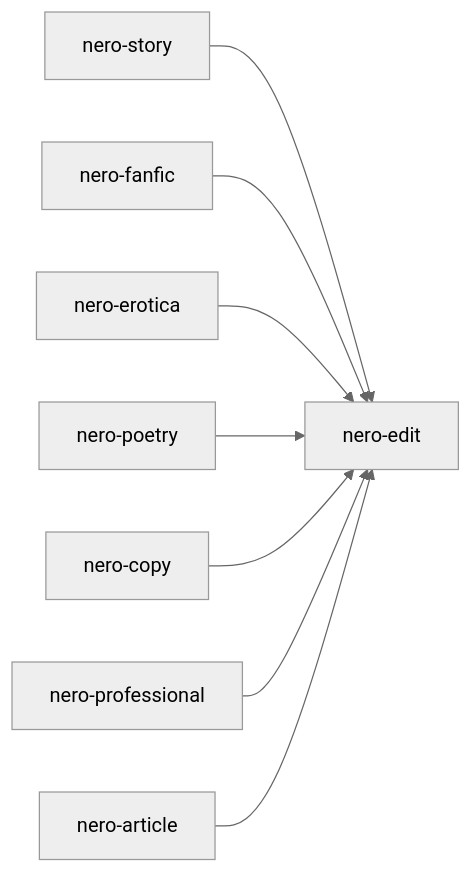
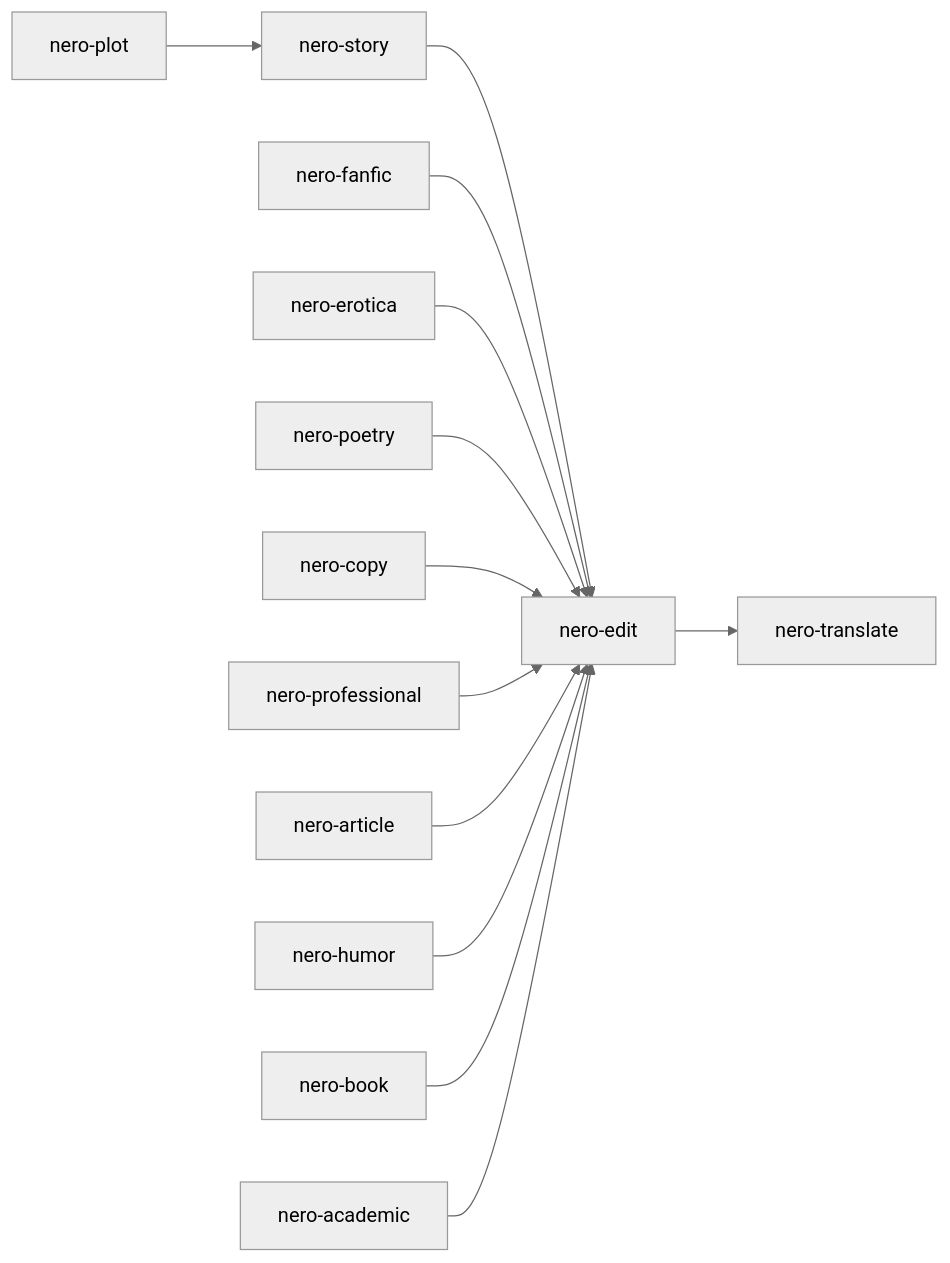
The third of 7 diagrams in README.md (KMC1525/nero), drawn with Mermaid (neutral theme) before and after one commit. The commit also changed other lines of this file and 103 other files, not shown here.

````diff
--- a/README.md
+++ b/README.md
@@ -608,10 +653,15 @@
 ```mermaid
 flowchart LR
     ST[nero-story] --> ED[nero-edit]
     FF[nero-fanfic] --> ED
     ER[nero-erotica] --> ED
     PO[nero-poetry] --> ED
     CP[nero-copy] --> ED
     PF[nero-professional] --> ED
     AT[nero-article] --> ED
+    PL[nero-plot] --> ST
+    HU[nero-humor] --> ED
+    BK[nero-book] --> ED
+    AC[nero-academic] --> ED
+    ED --> TR[nero-translate]
 ```
````
